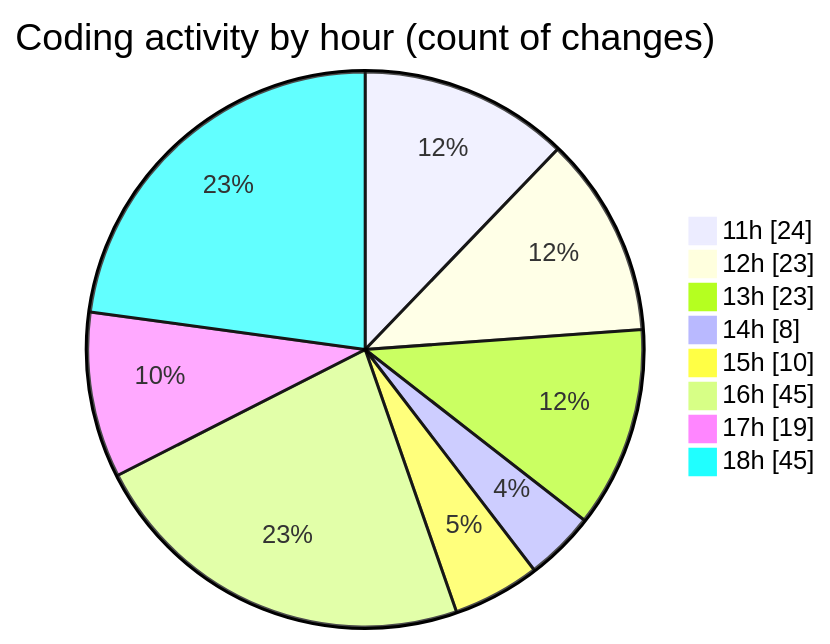
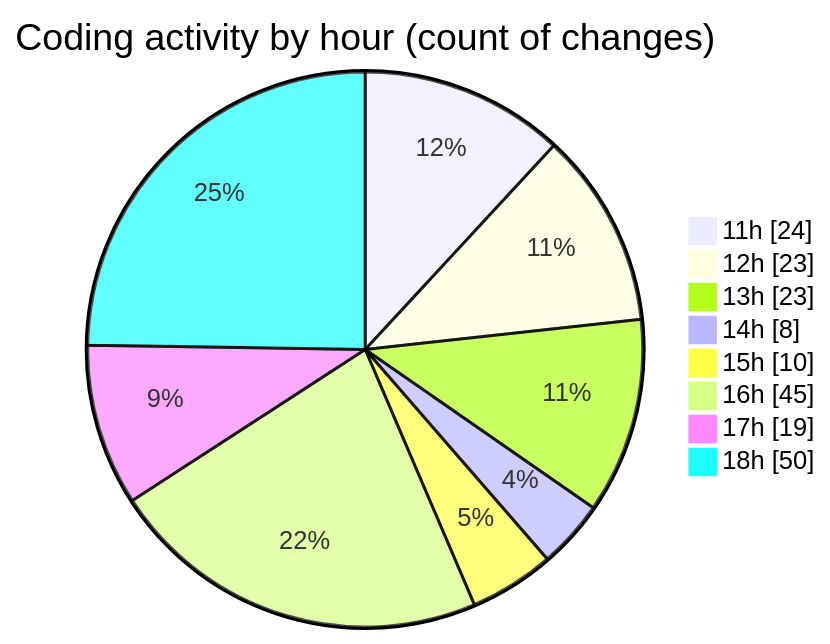
The second of 2 diagrams in 2025-09-18/nxtqube_webapp/README.md (nxtqubesakshisongat/code-tracking), drawn with Mermaid before and after one commit. The commit also changed other lines of this file and 1 other file, not shown here.

````diff
--- a/2025-09-18/nxtqube_webapp/README.md
+++ b/2025-09-18/nxtqube_webapp/README.md
@@ -52,12 +52,12 @@
 ```mermaid
 pie showData
 title Coding activity by hour (count of changes)
 "11h" : 24
 "12h" : 23
 "13h" : 23
 "14h" : 8
 "15h" : 10
 "16h" : 45
 "17h" : 19
-"18h" : 45
+"18h" : 50
 ```
````
